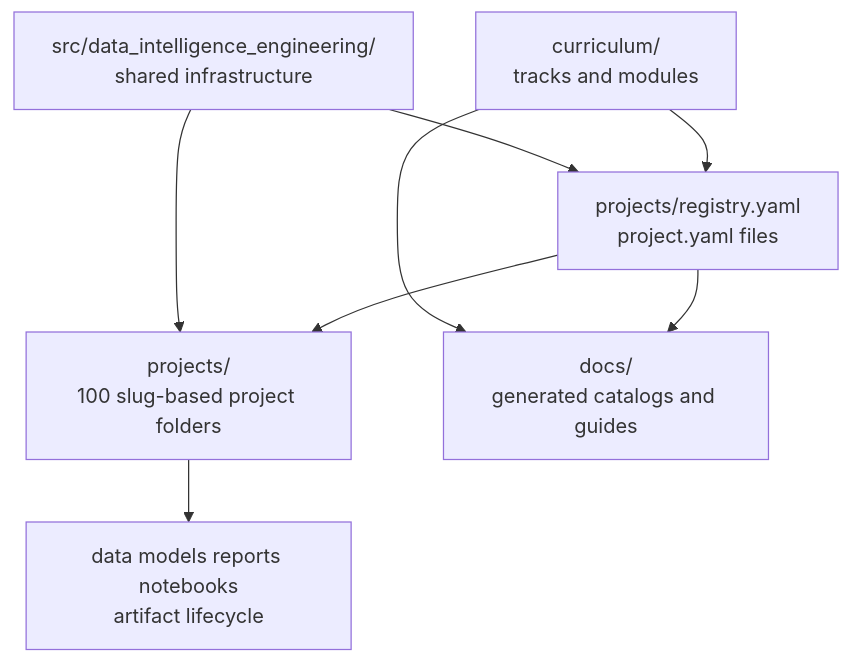
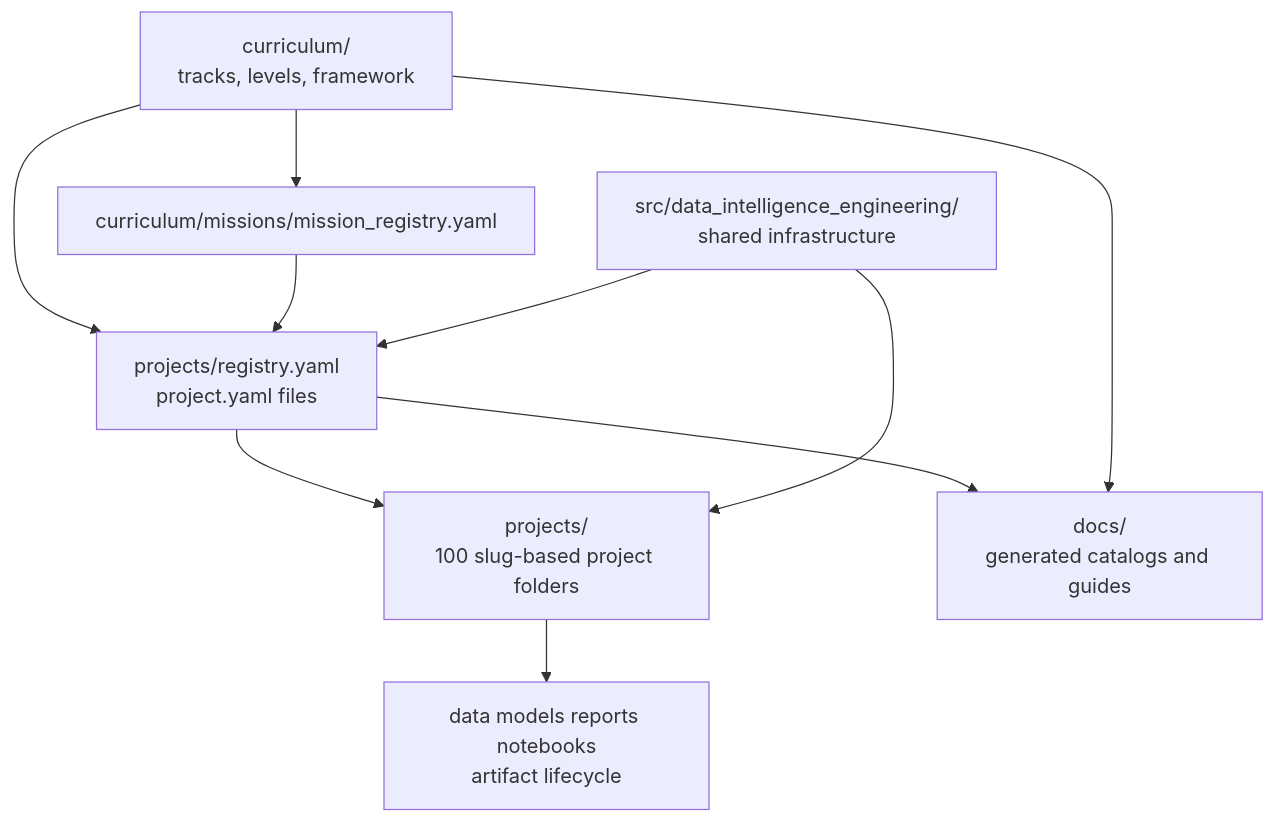
Before and after one commit to Quantumquirkz/Data-Science---Engineer---Analytics: the diagram in docs/architecture.md, drawn with Mermaid. The commit also changed other lines of this file and 168 other files, not shown here.

````diff
--- a/docs/architecture.md
+++ b/docs/architecture.md
@@ -9,17 +10,20 @@
 ```mermaid
 flowchart TB
-    curriculum["curriculum/<br/>tracks and modules"]
+    curriculum["curriculum/<br/>tracks, levels, framework"]
     projects["projects/<br/>100 slug-based project folders"]
     registry["projects/registry.yaml<br/>project.yaml files"]
+    missions["curriculum/missions/mission_registry.yaml"]
     core["src/data_intelligence_engineering/<br/>shared infrastructure"]
     artifacts["data models reports notebooks<br/>artifact lifecycle"]
     docs["docs/<br/>generated catalogs and guides"]
 
     curriculum --> registry
+    curriculum --> missions
+    missions --> registry
     registry --> projects
     core --> registry
     core --> projects
     projects --> artifacts
     registry --> docs
     curriculum --> docs
 ```
````
